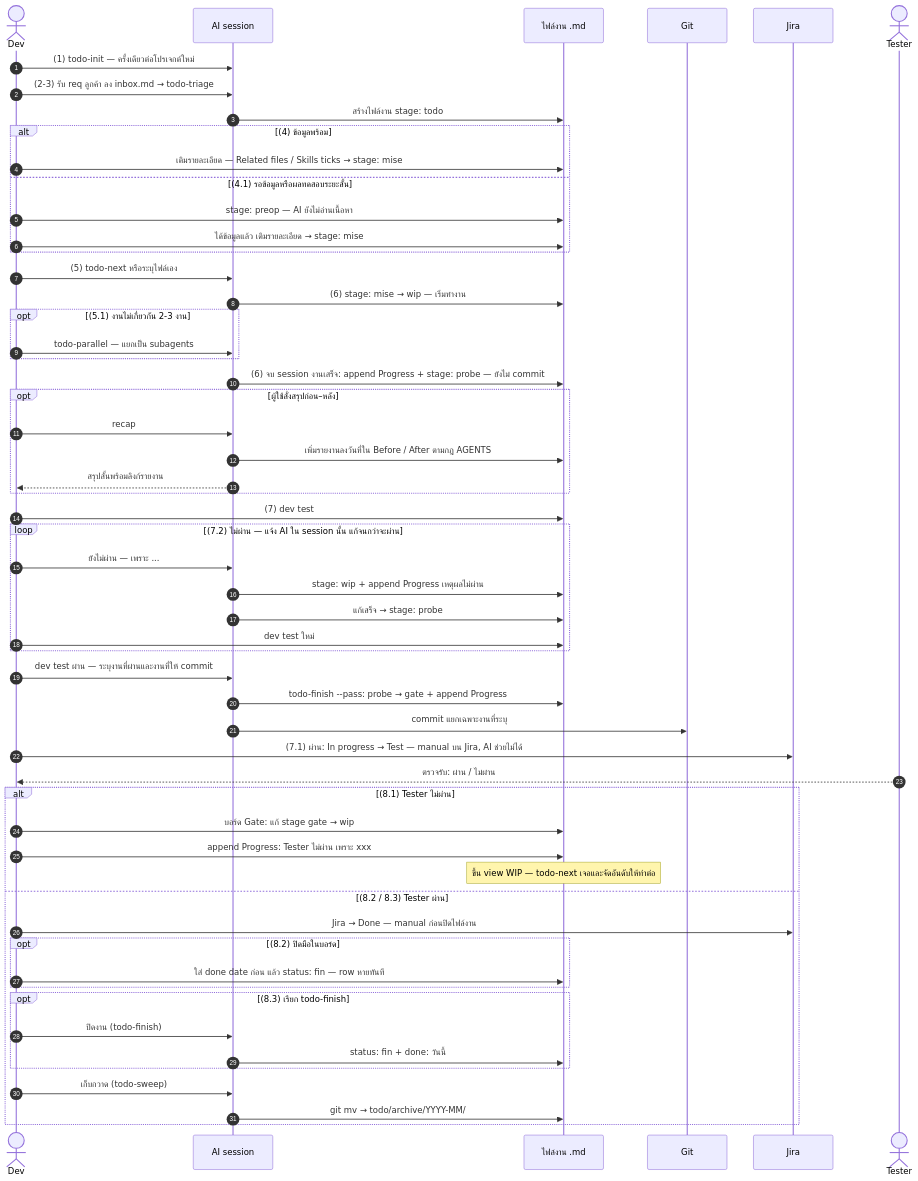
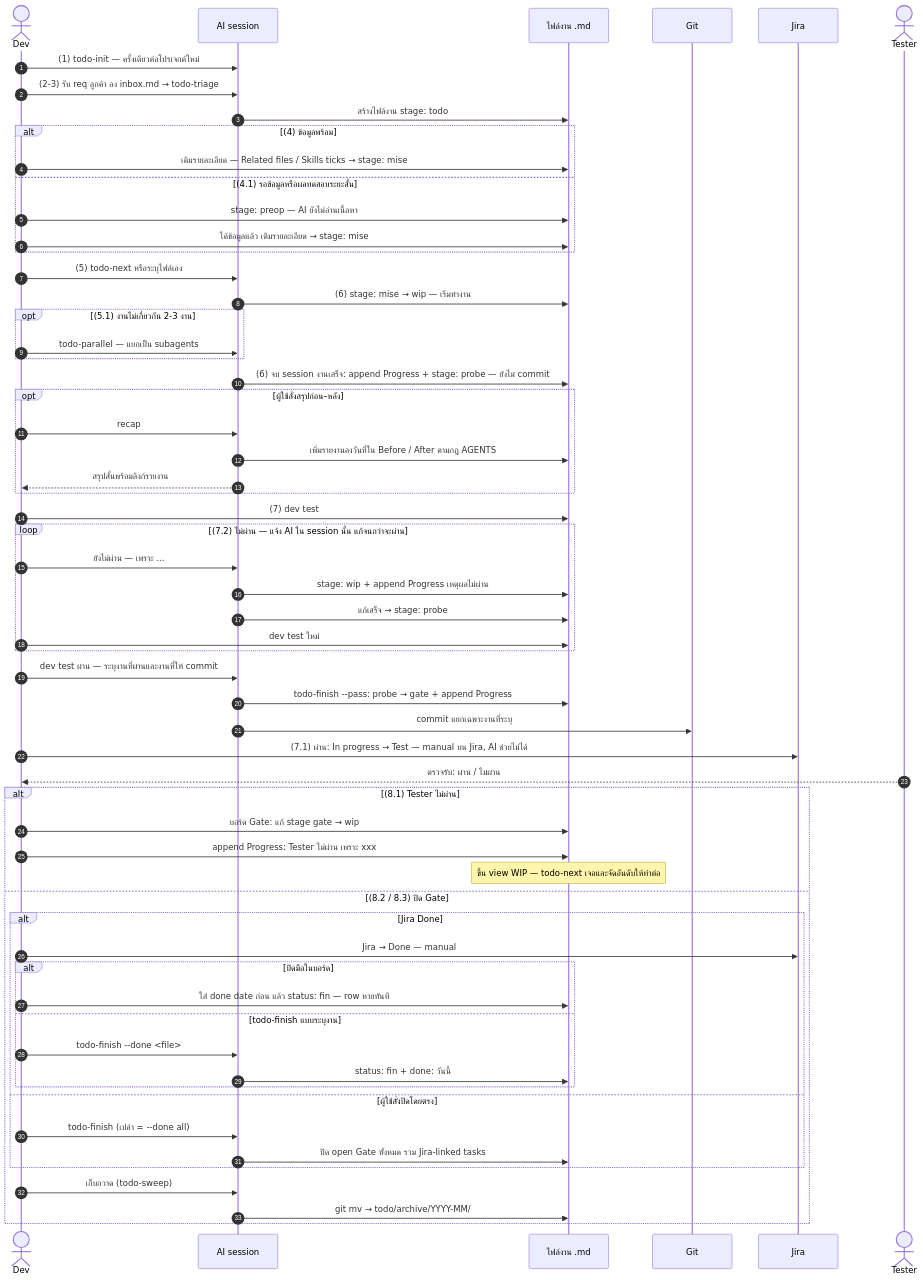
Before and after one commit to T5ive/t5ive-skills: the diagram in assets/todo-scenario-th.mmd, drawn with Mermaid. The commit also changed 9 other files, not shown here.

First line of the commit message:
fix(🐞todo-finish): ให้เรียกเปล่าปิด Gate ที่เปิดทั้งหมด

```diff
--- a/assets/todo-scenario-th.mmd
+++ b/assets/todo-scenario-th.mmd
@@ -1,57 +1,61 @@
 sequenceDiagram
     autonumber
     actor Dev
     participant AI as AI session
     participant F as ไฟล์งาน .md
     participant G as Git
     participant J as Jira
     actor T as Tester
 
     Dev->>AI: (1) todo-init — ครั้งเดียวต่อโปรเจกต์ใหม่
     Dev->>AI: (2-3) รับ req ลูกค้า ลง inbox.md → todo-triage
     AI->>F: สร้างไฟล์งาน stage: todo
     alt (4) ข้อมูลพร้อม
         Dev->>F: เติมรายละเอียด — Related files / Skills ticks → stage: mise
     else (4.1) รอข้อมูลหรือผลทดสอบระยะสั้น
         Dev->>F: stage: preop — AI ยังไม่อ่านเนื้อหา
         Dev->>F: ได้ข้อมูลแล้ว เติมรายละเอียด → stage: mise
     end
     Dev->>AI: (5) todo-next หรือระบุไฟล์เอง
     AI->>F: (6) stage: mise → wip — เริ่มทำงาน
     opt (5.1) งานไม่เกี่ยวกัน 2-3 งาน
         Dev->>AI: todo-parallel — แยกเป็น subagents
     end
     AI->>F: (6) จบ session งานเสร็จ: append Progress + stage: probe — ยังไม่ commit
     opt ผู้ใช้สั่งสรุปก่อน–หลัง
         Dev->>AI: recap
         AI->>F: เพิ่มรายงานลงวันที่ใน Before / After ตามกฎ AGENTS
         AI-->>Dev: สรุปสั้นพร้อมลิงก์รายงาน
     end
     Dev->>F: (7) dev test
     loop (7.2) ไม่ผ่าน — แจ้ง AI ใน session นั้น แก้จนกว่าจะผ่าน
         Dev->>AI: ยังไม่ผ่าน — เพราะ ...
         AI->>F: stage: wip + append Progress เหตุผลไม่ผ่าน
         AI->>F: แก้เสร็จ → stage: probe
         Dev->>F: dev test ใหม่
     end
     Dev->>AI: dev test ผ่าน — ระบุงานที่ผ่านและงานที่ให้ commit
     AI->>F: todo-finish --pass: probe → gate + append Progress
     AI->>G: commit แยกเฉพาะงานที่ระบุ
     Dev->>J: (7.1) ผ่าน: In progress → Test — manual บน Jira, AI ช่วยไม่ได้
     T-->>Dev: ตรวจรับ: ผ่าน / ไม่ผ่าน
     alt (8.1) Tester ไม่ผ่าน
         Dev->>F: บอร์ด Gate: แก้ stage gate → wip
         Dev->>F: append Progress: Tester ไม่ผ่าน เพราะ xxx
         Note over F: ขึ้น view WIP — todo-next เจอและจัดอันดับให้ทำต่อ
-    else (8.2 / 8.3) Tester ผ่าน
-        Dev->>J: Jira → Done — manual ก่อนปิดไฟล์งาน
-        opt (8.2) ปิดมือในบอร์ด
-            Dev->>F: ใส่ done date ก่อน แล้ว status: fin — row หายทันที
-        end
-        opt (8.3) เรียก todo-finish
-            Dev->>AI: ปิดงาน (todo-finish)
-            AI->>F: status: fin + done: วันนี้
+    else (8.2 / 8.3) ปิด Gate
+        alt Jira Done
+            Dev->>J: Jira → Done — manual
+            alt ปิดมือในบอร์ด
+                Dev->>F: ใส่ done date ก่อน แล้ว status: fin — row หายทันที
+            else todo-finish แบบระบุงาน
+                Dev->>AI: todo-finish --done <file>
+                AI->>F: status: fin + done: วันนี้
+            end
+        else ผู้ใช้สั่งปิดโดยตรง
+            Dev->>AI: todo-finish (เปล่า = --done all)
+            AI->>F: ปิด open Gate ทั้งหมด รวม Jira-linked tasks
         end
         Dev->>AI: เก็บกวาด (todo-sweep)
         AI->>F: git mv → todo/archive/YYYY-MM/
     end
```
